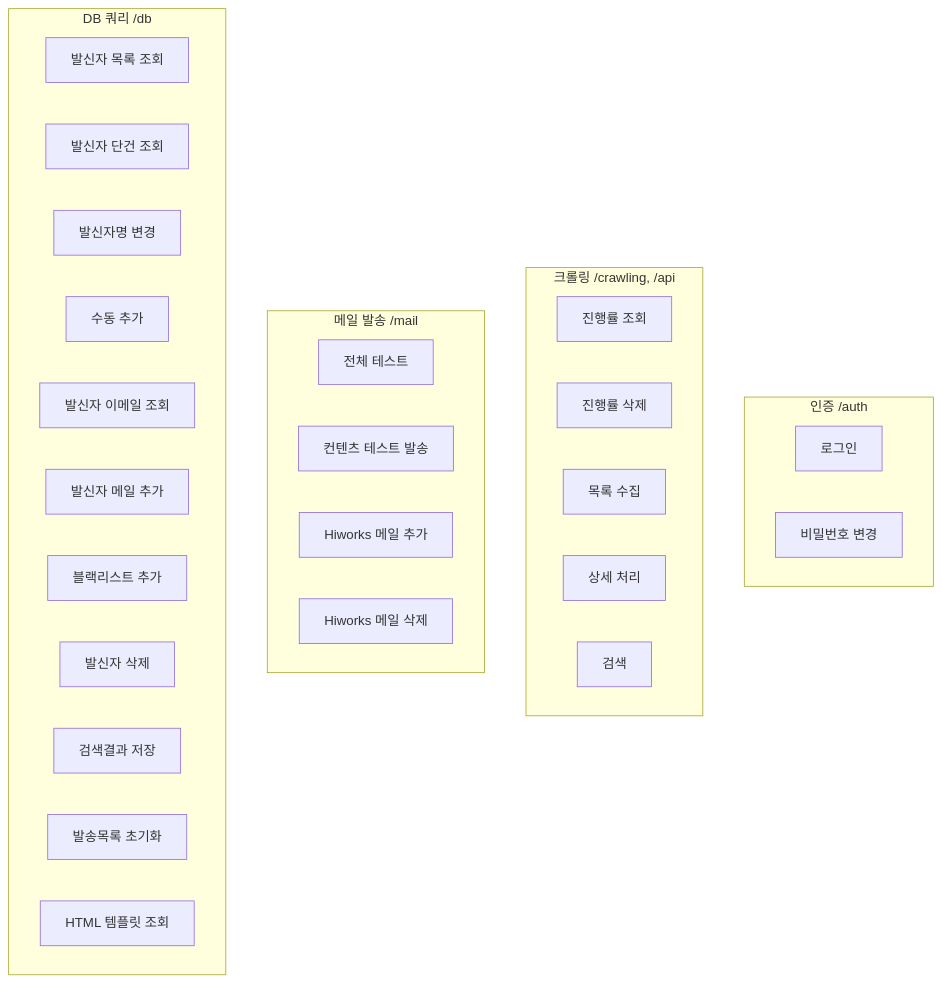
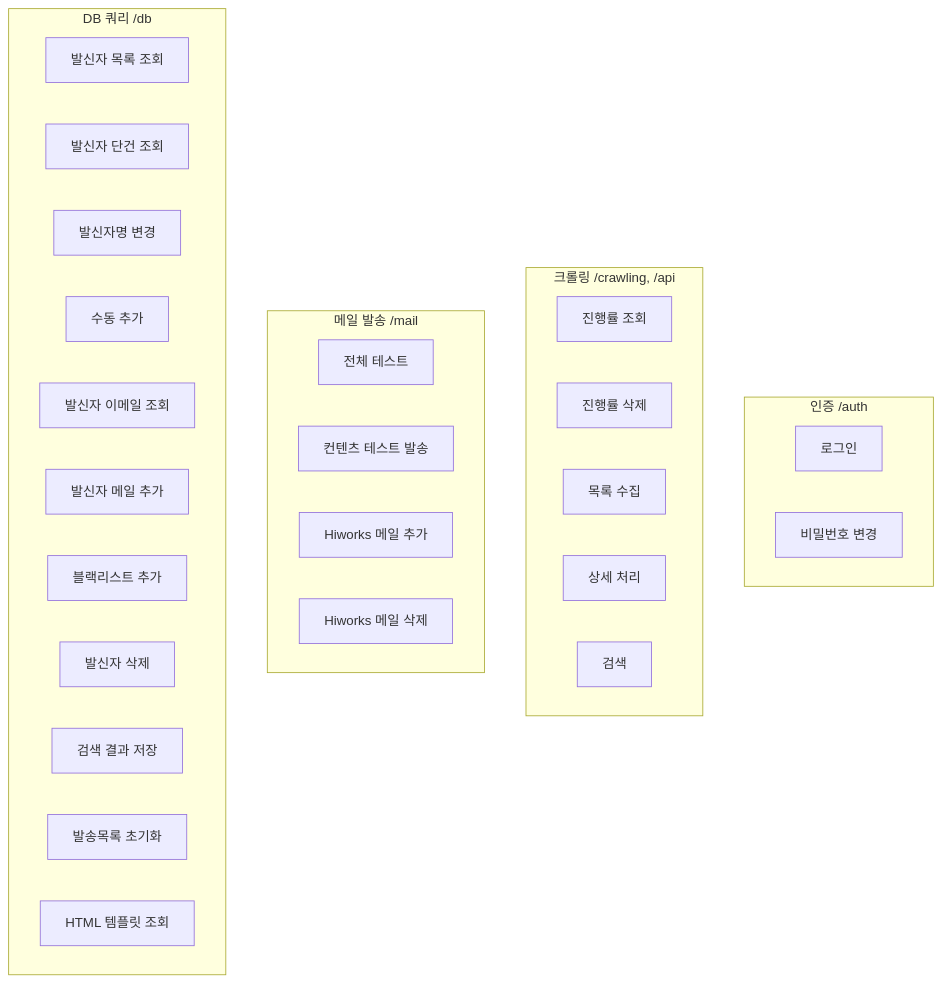
One commit to bis0908/fork-my-brain changed the third of 10 diagrams in content/Project/N사 인플루언서 마케팅/docs/02-layer-architecture.md. Above: the diagram before and after it, drawn with Mermaid. The commit also changed other lines of this file and 9 other files, not shown here.

````diff
--- a/content/Project/N사 인플루언서 마케팅/docs/02-layer-architecture.md
+++ b/content/Project/N사 인플루언서 마케팅/docs/02-layer-architecture.md
@@ -99,36 +99,36 @@
 ```mermaid
 graph TB
     subgraph AuthRouter["인증 /auth"]
         A1["로그인"]
         A2["비밀번호 변경"]
     end
 
     subgraph CrawlRouter["크롤링 /crawling, /api"]
         C1["진행률 조회"]
         C2["진행률 삭제"]
         C3["목록 수집"]
         C4["상세 처리"]
         C5["검색"]
     end
 
     subgraph MailRouter["메일 발송 /mail"]
         M1["전체 테스트"]
         M2["컨텐츠 테스트 발송"]
         M3["Hiworks 메일 추가"]
         M4["Hiworks 메일 삭제"]
     end
 
     subgraph DbRouter["DB 쿼리 /db"]
         D1["발신자 목록 조회"]
         D2["발신자 단건 조회"]
         D3["발신자명 변경"]
         D4["수동 추가"]
         D5["발신자 이메일 조회"]
         D6["발신자 메일 추가"]
         D7["블랙리스트 추가"]
         D8["발신자 삭제"]
-        D9["검색결과 저장"]
+        D9["검색 결과 저장"]
         D10["발송목록 초기화"]
         D11["HTML 템플릿 조회"]
     end
 ```
````
